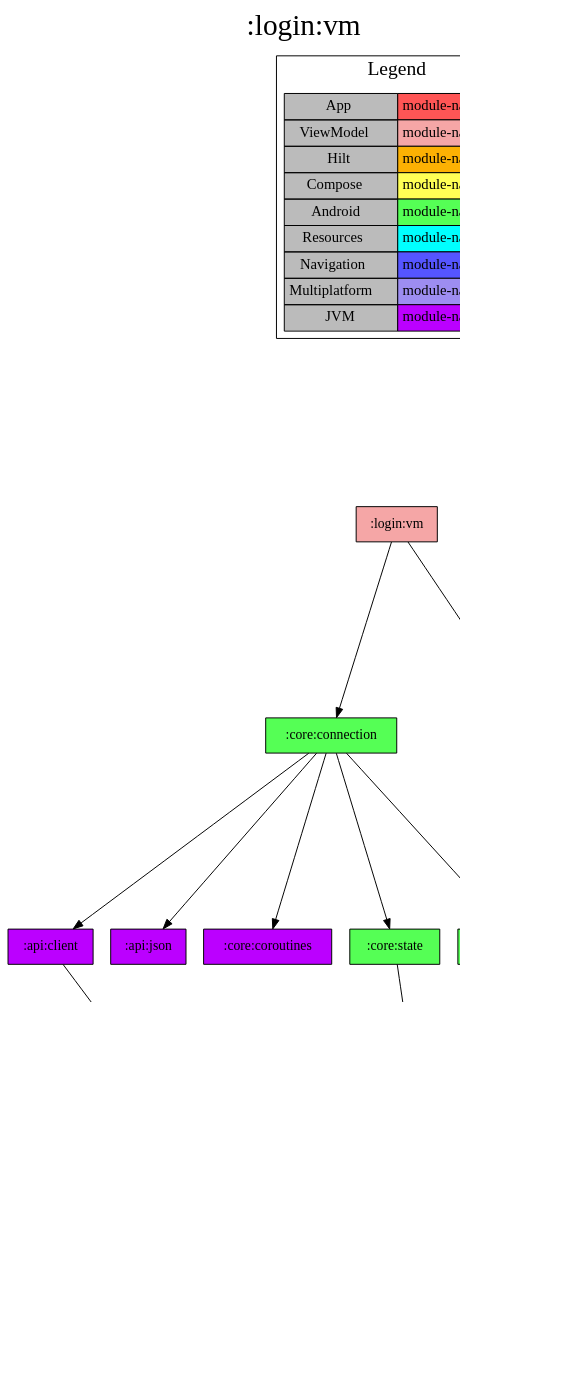
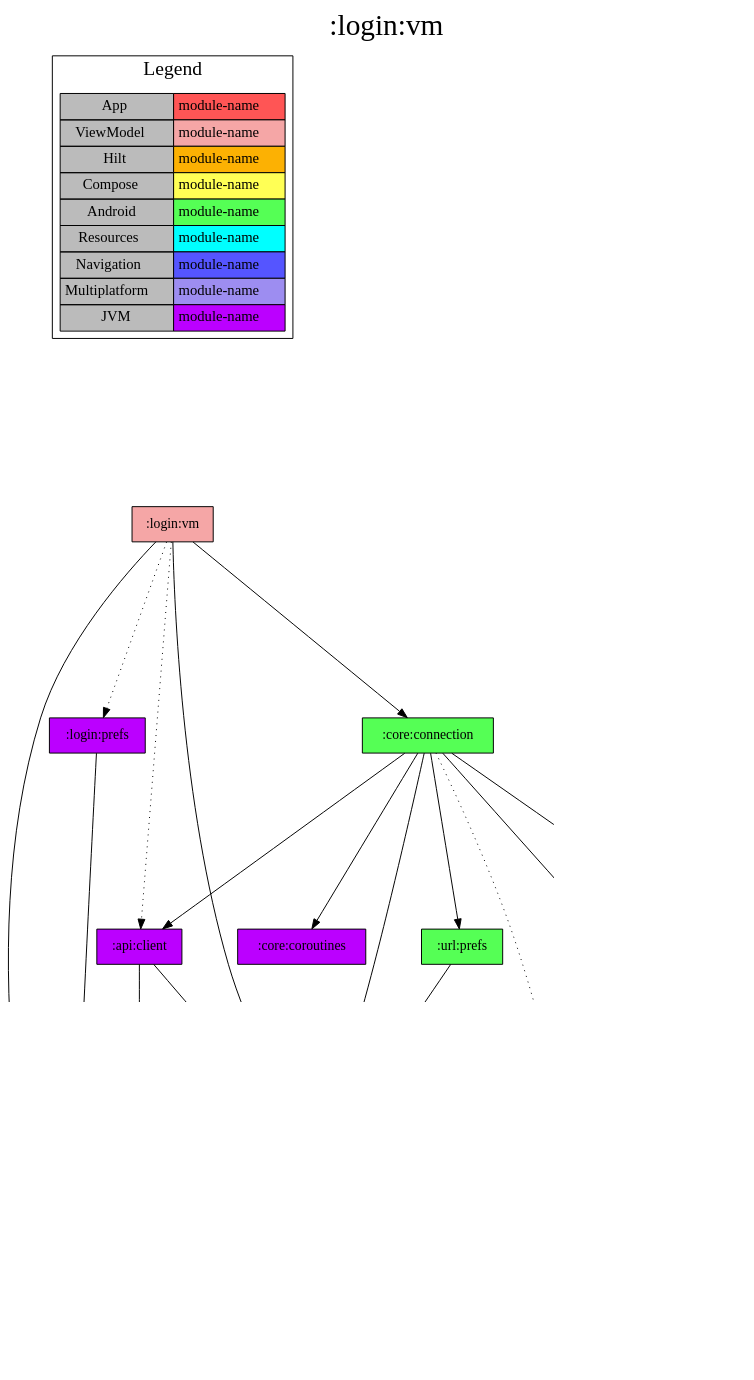
One commit to jonapoul/aktual changed the diagram in modules/login/vm/project-dependency-graph.dot. Above: the diagram before and after it, drawn with Graphviz. The commit also changed 152 other files, not shown here.

```diff
--- a/modules/login/vm/project-dependency-graph.dot
+++ b/modules/login/vm/project-dependency-graph.dot
@@ -1,48 +1,56 @@
 digraph {
 edge ["dir"="forward"]
 graph ["dpi"="100","label"=":login:vm","labelloc"="t","fontsize"="30","ranksep"="2.5","rankdir"="TB"]
 node ["style"="filled"]
 ":login:vm" ["fillcolor"="#F5A6A6","shape"="box"]
 ":core:connection" ["fillcolor"="#55FF55","shape"="box"]
 ":api:client" ["fillcolor"="#BB00FF","shape"="box"]
 ":api:model" ["fillcolor"="#BB00FF","shape"="box"]
-":core:model" ["fillcolor"="#BB00FF","shape"="box"]
+":login:model" ["fillcolor"="#9D8DF1","shape"="box"]
+":url:model" ["fillcolor"="#9D8DF1","shape"="box"]
 ":api:json" ["fillcolor"="#BB00FF","shape"="box"]
 ":core:coroutines" ["fillcolor"="#BB00FF","shape"="box"]
-":core:state" ["fillcolor"="#55FF55","shape"="box"]
-":serverUrl:prefs" ["fillcolor"="#55FF55","shape"="box"]
+":core:versions" ["fillcolor"="#9D8DF1","shape"="box"]
+":core:buildconfig" ["fillcolor"="#9D8DF1","shape"="box"]
+":url:prefs" ["fillcolor"="#55FF55","shape"="box"]
 ":login:prefs" ["fillcolor"="#BB00FF","shape"="box"]
 {
 edge ["dir"="none"]
 graph ["rank"="same"]
 }
 ":login:vm" -> ":core:connection"
-":login:vm" -> ":login:prefs"
+":login:vm" -> ":login:model"
+":login:vm" -> ":url:model"
+":login:vm" -> ":api:client" ["style"="dotted"]
+":login:vm" -> ":login:prefs" ["style"="dotted"]
 ":core:connection" -> ":api:client"
 ":core:connection" -> ":api:json"
 ":core:connection" -> ":core:coroutines"
-":core:connection" -> ":core:state"
-":core:connection" -> ":serverUrl:prefs"
+":core:connection" -> ":core:versions"
+":core:connection" -> ":url:model"
+":core:connection" -> ":url:prefs"
+":core:connection" -> ":core:buildconfig" ["style"="dotted"]
 ":api:client" -> ":api:model"
-":api:model" -> ":core:model"
-":core:state" -> ":core:model"
-":serverUrl:prefs" -> ":core:model"
-":login:prefs" -> ":core:model"
+":api:client" -> ":url:model"
+":api:model" -> ":login:model"
+":core:versions" -> ":core:buildconfig"
+":url:prefs" -> ":url:model"
+":login:prefs" -> ":login:model"
 subgraph "cluster_legend" {
 edge ["dir"="none"]
 graph ["label"="Legend","fontsize"="20"]
 "Legend" ["style"="filled","fillcolor"="#bbbbbb","shape"="none","margin"="0","fontsize"="15","label"=<
 <TABLE BORDER="0" CELLBORDER="1" CELLSPACING="0" CELLPADDING="4">
 <TR><TD>App</TD><TD BGCOLOR="#FF5555">module-name</TD></TR>
 <TR><TD>ViewModel</TD><TD BGCOLOR="#F5A6A6">module-name</TD></TR>
 <TR><TD>Hilt</TD><TD BGCOLOR="#FCB103">module-name</TD></TR>
 <TR><TD>Compose</TD><TD BGCOLOR="#FFFF55">module-name</TD></TR>
 <TR><TD>Android</TD><TD BGCOLOR="#55FF55">module-name</TD></TR>
 <TR><TD>Resources</TD><TD BGCOLOR="#00FFFF">module-name</TD></TR>
 <TR><TD>Navigation</TD><TD BGCOLOR="#5555FF">module-name</TD></TR>
 <TR><TD>Multiplatform</TD><TD BGCOLOR="#9D8DF1">module-name</TD></TR>
 <TR><TD>JVM</TD><TD BGCOLOR="#BB00FF">module-name</TD></TR>
 </TABLE>
 >]
 } -> ":login:vm" ["style"="invis"]
 }
```
